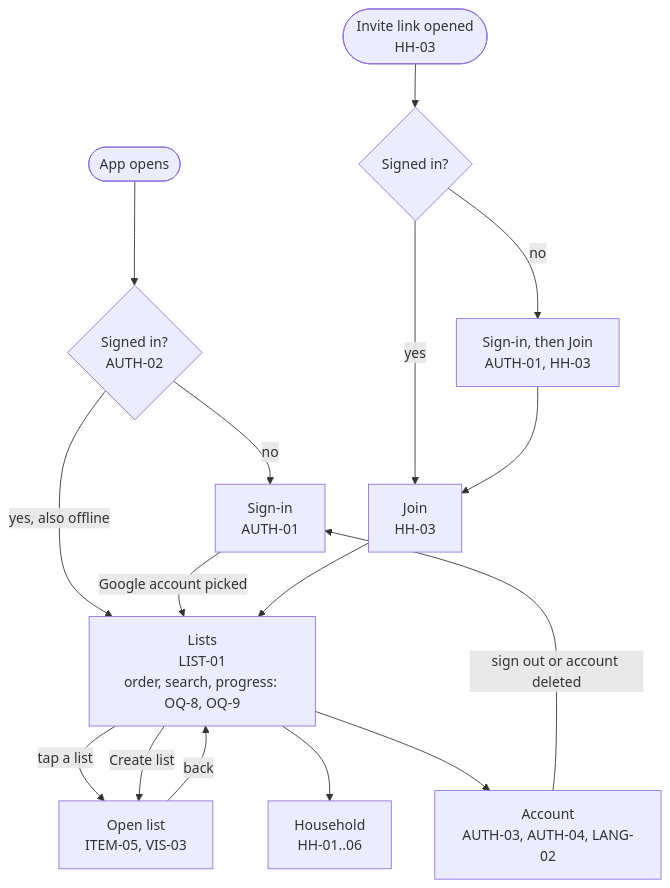
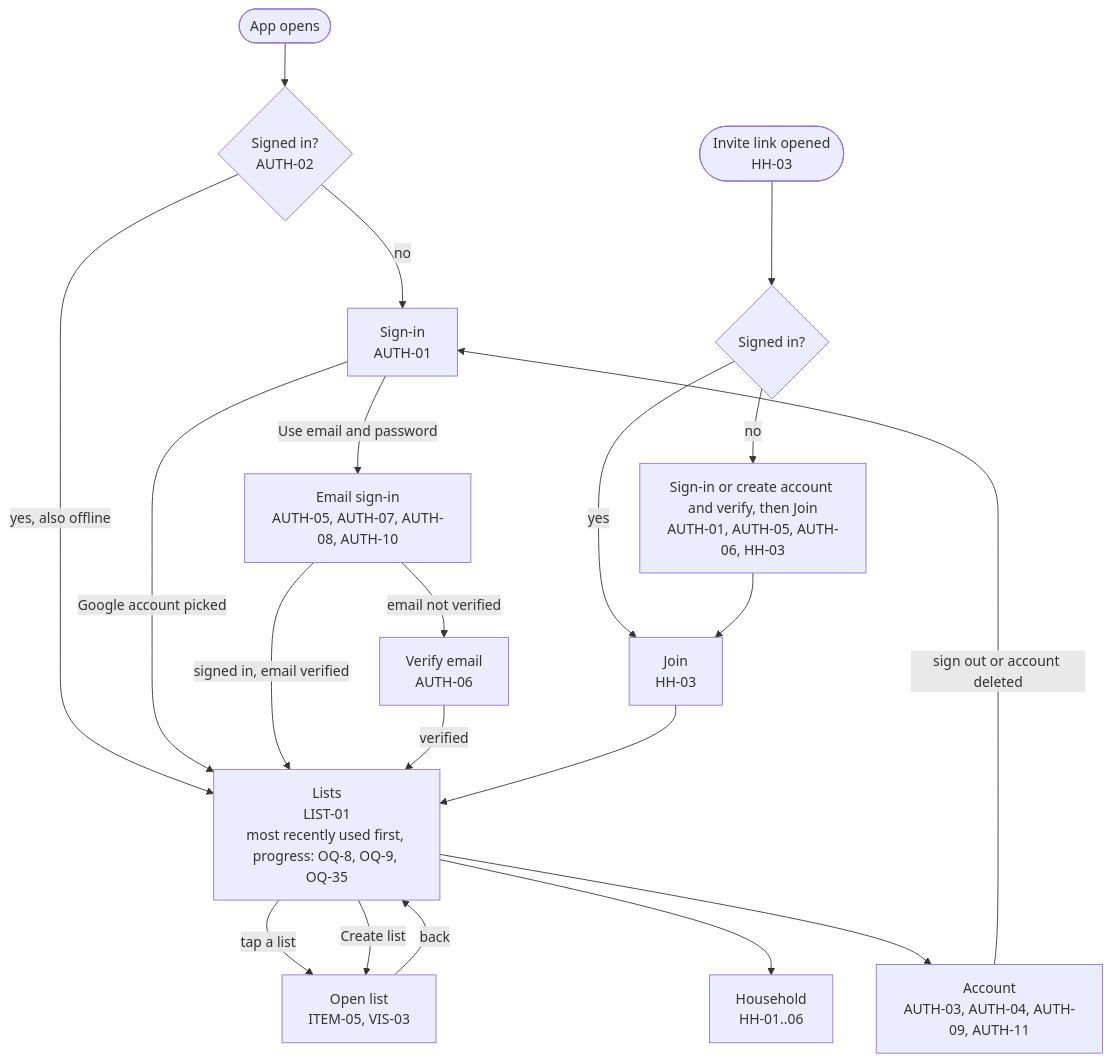
One commit to bondo/listicles2 changed the first of 11 diagrams in docs/product/flow.md. Above: the diagram before and after it, drawn with Mermaid. The commit also changed other lines of this file and 1 other file, not shown here.

````diff
--- a/docs/product/flow.md
+++ b/docs/product/flow.md
@@ -27,18 +31,22 @@
 ```mermaid
 flowchart TD
     start(["App opens"]) --> signed{"Signed in?<br>AUTH-02"}
     signed -- "no" --> signin["Sign-in<br>AUTH-01"]
-    signed -- "yes, also offline" --> lists["Lists<br>LIST-01<br>order, search, progress: OQ-8, OQ-9"]
+    signed -- "yes, also offline" --> lists["Lists<br>LIST-01<br>most recently used first, progress: OQ-8, OQ-9, OQ-35"]
     signin -- "Google account picked" --> lists
+    signin -- "Use email and password" --> email["Email sign-in<br>AUTH-05, AUTH-07, AUTH-08, AUTH-10"]
+    email -- "signed in, email verified" --> lists
+    email -- "email not verified" --> verify["Verify email<br>AUTH-06"]
+    verify -- "verified" --> lists
     link(["Invite link opened<br>HH-03"]) --> signed2{"Signed in?"}
-    signed2 -- "no" --> signin2["Sign-in, then Join<br>AUTH-01, HH-03"]
+    signed2 -- "no" --> signin2["Sign-in or create account and verify, then Join<br>AUTH-01, AUTH-05, AUTH-06, HH-03"]
     signed2 -- "yes" --> join["Join<br>HH-03"]
     signin2 --> join
     join --> lists
     lists -- "tap a list" --> open["Open list<br>ITEM-05, VIS-03"]
     lists -- "Create list" --> open
     lists --> household["Household<br>HH-01..06"]
-    lists --> account["Account<br>AUTH-03, AUTH-04, LANG-02"]
+    lists --> account["Account<br>AUTH-03, AUTH-04, AUTH-09, AUTH-11"]
     open -- "back" --> lists
     account -- "sign out or account deleted" --> signin
 ```
````
